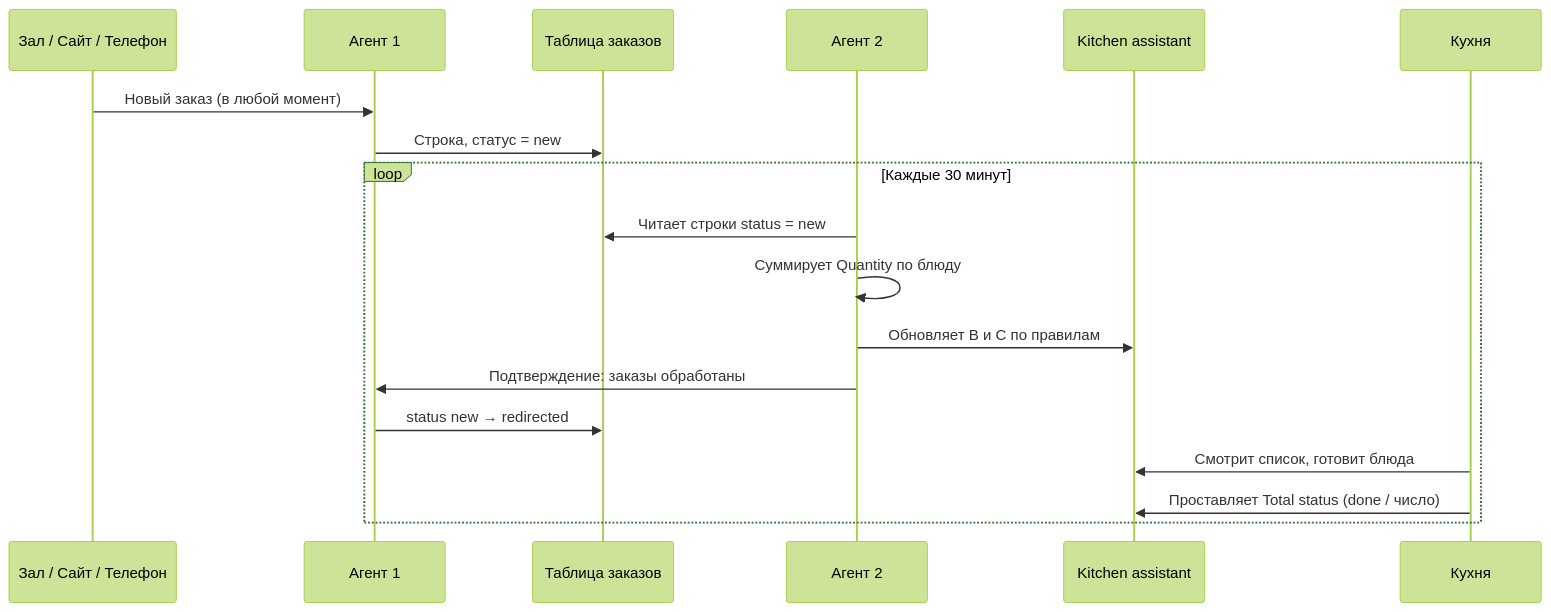
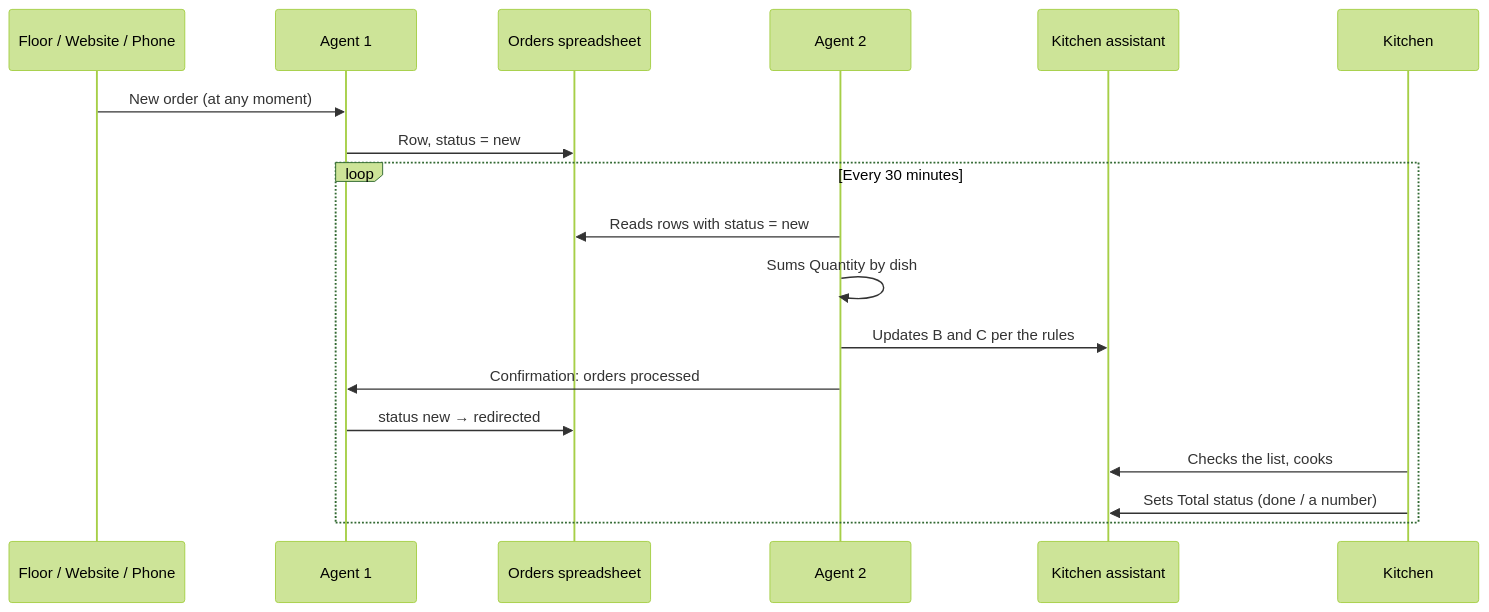
The second of 2 diagrams in docs/02-architecture.md (Vita-Victory/customer-service-kitchen-assistant), drawn with Mermaid (forest theme) before and after one commit. The commit also changed other lines of this file and 9 other files, not shown here.

````diff
--- a/docs/02-architecture.md
+++ b/docs/02-architecture.md
@@ -74,22 +74,22 @@
 ```mermaid
 sequenceDiagram
-    participant W as Зал / Сайт / Телефон
-    participant A1 as Агент 1
-    participant OS as Таблица заказов
-    participant A2 as Агент 2
+    participant W as Floor / Website / Phone
+    participant A1 as Agent 1
+    participant OS as Orders spreadsheet
+    participant A2 as Agent 2
     participant KS as Kitchen assistant
-    participant K as Кухня
+    participant K as Kitchen
 
-    W->>A1: Новый заказ (в любой момент)
-    A1->>OS: Строка, статус = new
+    W->>A1: New order (at any moment)
+    A1->>OS: Row, status = new
 
-    loop Каждые 30 минут
-        A2->>OS: Читает строки status = new
-        A2->>A2: Суммирует Quantity по блюду
-        A2->>KS: Обновляет B и C по правилам
-        A2->>A1: Подтверждение: заказы обработаны
+    loop Every 30 minutes
+        A2->>OS: Reads rows with status = new
+        A2->>A2: Sums Quantity by dish
+        A2->>KS: Updates B and C per the rules
+        A2->>A1: Confirmation: orders processed
         A1->>OS: status new → redirected
-        K->>KS: Смотрит список, готовит блюда
-        K->>KS: Проставляет Total status (done / число)
+        K->>KS: Checks the list, cooks
+        K->>KS: Sets Total status (done / a number)
     end
 ```
````
